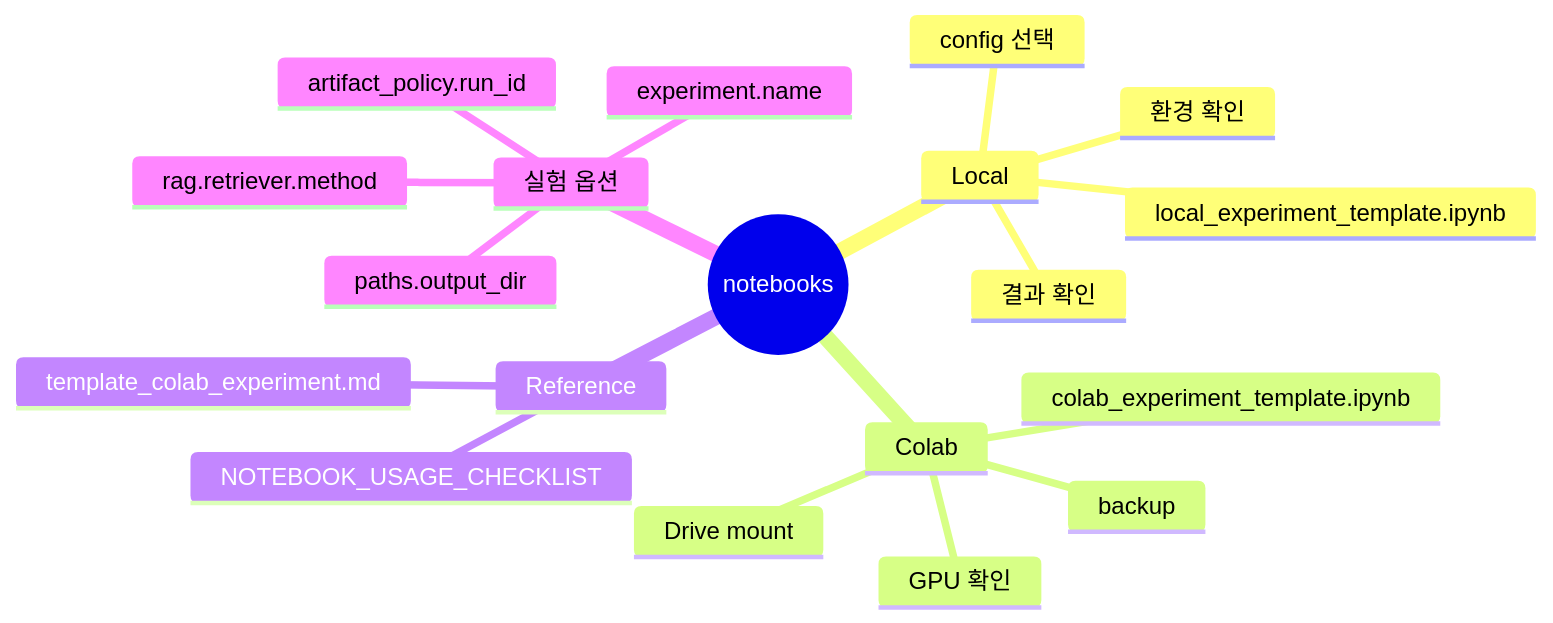
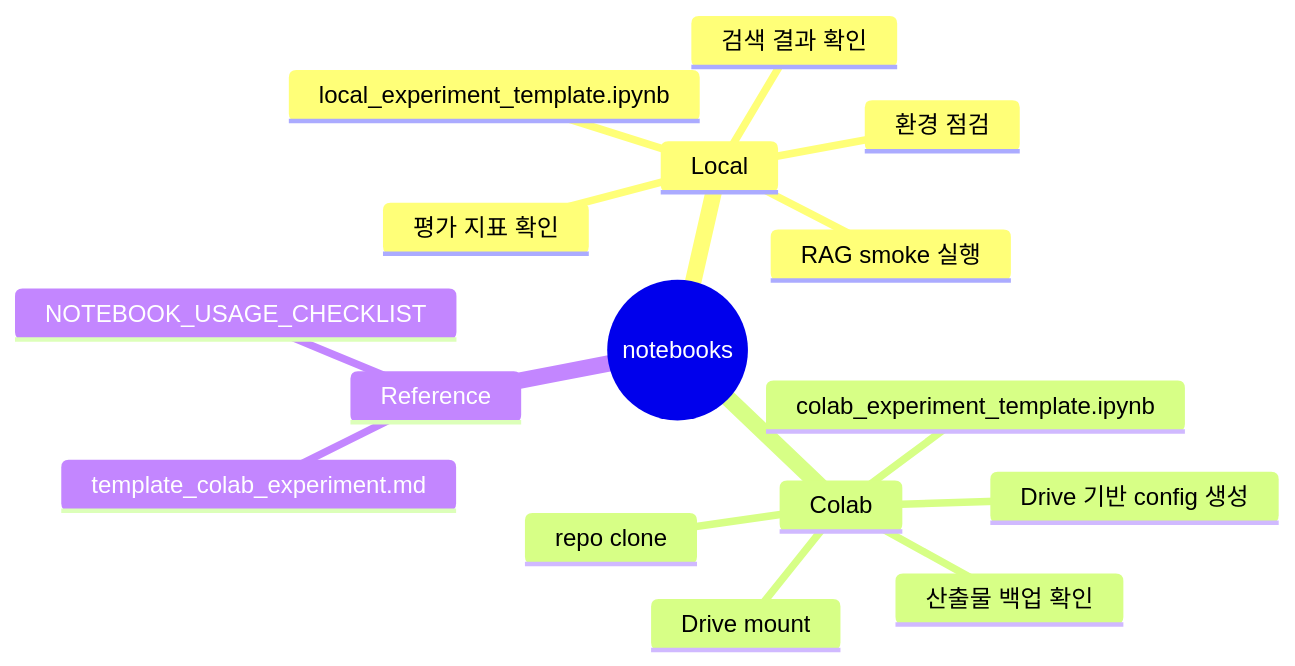
One commit to Codeit-Part3-6Team/Codeit-Part3-6Team-Project changed the diagram in notebooks/README.md. Above: the diagram before and after it, drawn with Mermaid. The commit also changed other lines of this file and 5 other files, not shown here.

````diff
--- a/notebooks/README.md
+++ b/notebooks/README.md
@@ -7,22 +8,19 @@
 ```mermaid
 mindmap
   root((notebooks))
     Local
       local_experiment_template.ipynb
-      환경 확인
-      config 선택
-      결과 확인
+      환경 점검
+      RAG smoke 실행
+      검색 결과 확인
+      평가 지표 확인
     Colab
       colab_experiment_template.ipynb
       Drive mount
-      GPU 확인
-      backup
+      repo clone
+      Drive 기반 config 생성
+      산출물 백업 확인
     Reference
       template_colab_experiment.md
       NOTEBOOK_USAGE_CHECKLIST
-    실험 옵션
-      experiment.name
-      paths.output_dir
-      artifact_policy.run_id
-      rag.retriever.method
 ```
````
